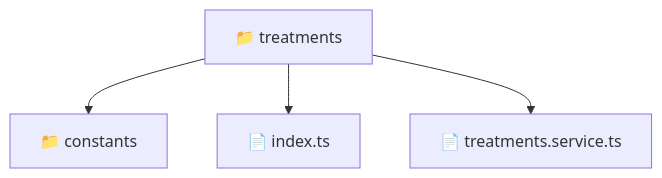
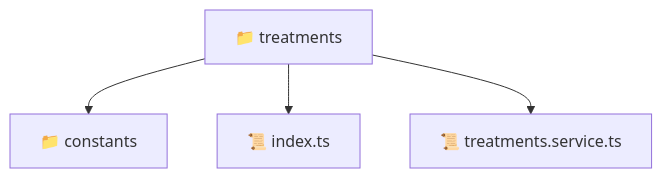
One commit to beginwebdev2002/fullstack-mavluda changed the diagram in frontend/src/entities/treatments/README.md. Above: the diagram before and after it, drawn with Mermaid. The commit also changed other lines of this file and 163 other files, not shown here.

````diff
--- a/frontend/src/entities/treatments/README.md
+++ b/frontend/src/entities/treatments/README.md
@@ -11,7 +11,7 @@
 ```mermaid
 graph TD
-  Root["📁 treatments"]
-  Root --> constants["📁 constants"]
-  Root --> index_ts["📄 index.ts"]
-  Root --> treatments_service_ts["📄 treatments.service.ts"]
+  treatments["📁 treatments"]
+  treatments --> constants["📁 constants"]
+  treatments --> index_ts["📜 index.ts"]
+  treatments --> treatments_service_ts["📜 treatments.service.ts"]
 ```
````
